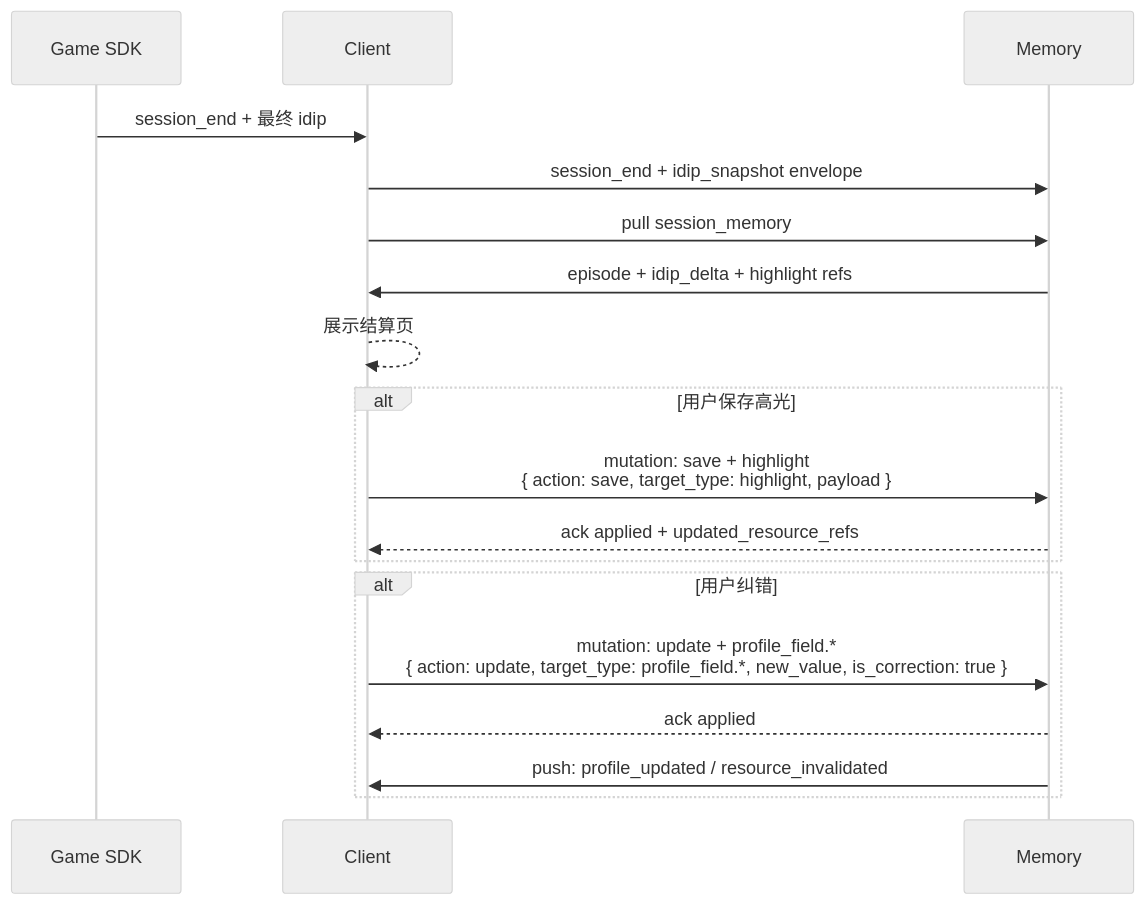
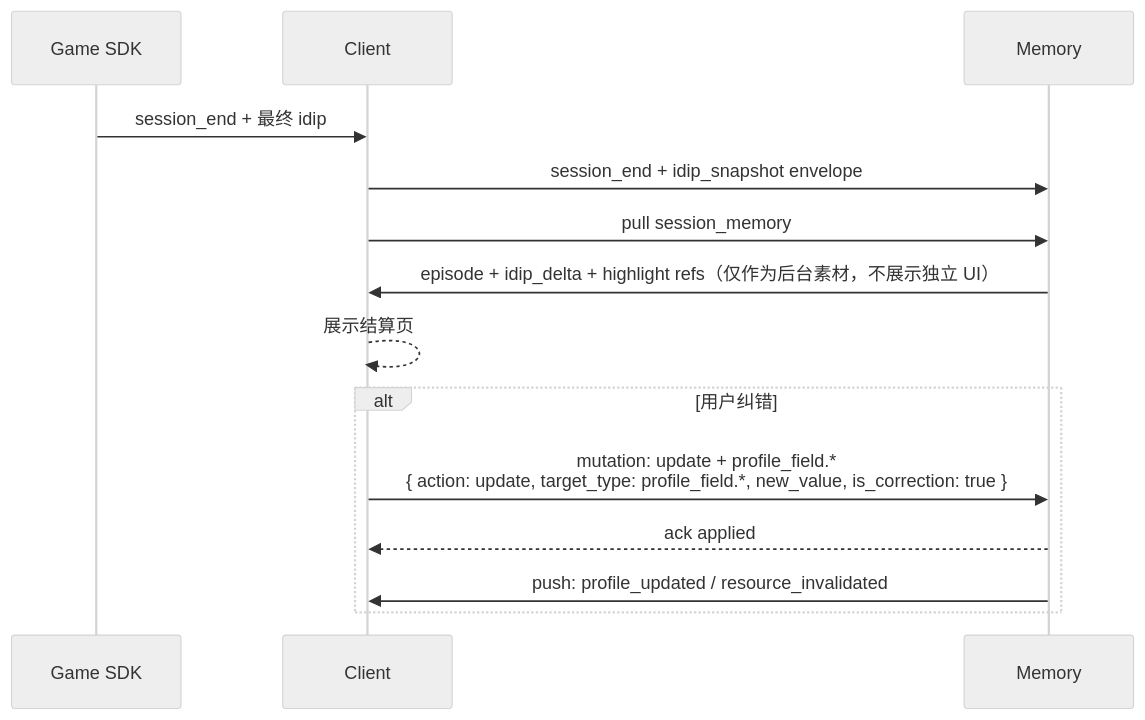
One commit to uu-yaya/ai-product-builder changed the eighth of 13 diagrams in projects/desktop-pet/01-pm/branches/memory-dataset/DATA_FLOW_REQUIREMENT_SPECIFICATION.md. Above: the diagram before and after it, drawn with Mermaid (neutral theme). The commit also changed other lines of this file, not shown here.

````diff
--- a/projects/desktop-pet/01-pm/branches/memory-dataset/DATA_FLOW_REQUIREMENT_SPECIFICATION.md
+++ b/projects/desktop-pet/01-pm/branches/memory-dataset/DATA_FLOW_REQUIREMENT_SPECIFICATION.md
@@ -1641,20 +1675,16 @@
 ```mermaid
 sequenceDiagram
     participant SDK as Game SDK
     participant C as Client
     participant M as Memory
     SDK->>C: session_end + 最终 idip
     C->>M: session_end + idip_snapshot envelope
     C->>M: pull session_memory
-    M->>C: episode + idip_delta + highlight refs
+    M->>C: episode + idip_delta + highlight refs（仅作为后台素材，不展示独立 UI）
     C-->>C: 展示结算页
-    alt 用户保存高光
-        C->>M: mutation: save + highlight<br/>{ action: save, target_type: highlight, payload }
-        M-->>C: ack applied + updated_resource_refs
-    end
     alt 用户纠错
         C->>M: mutation: update + profile_field.*<br/>{ action: update, target_type: profile_field.*, new_value, is_correction: true }
         M-->>C: ack applied
         M->>C: push: profile_updated / resource_invalidated
     end
 ```
````
